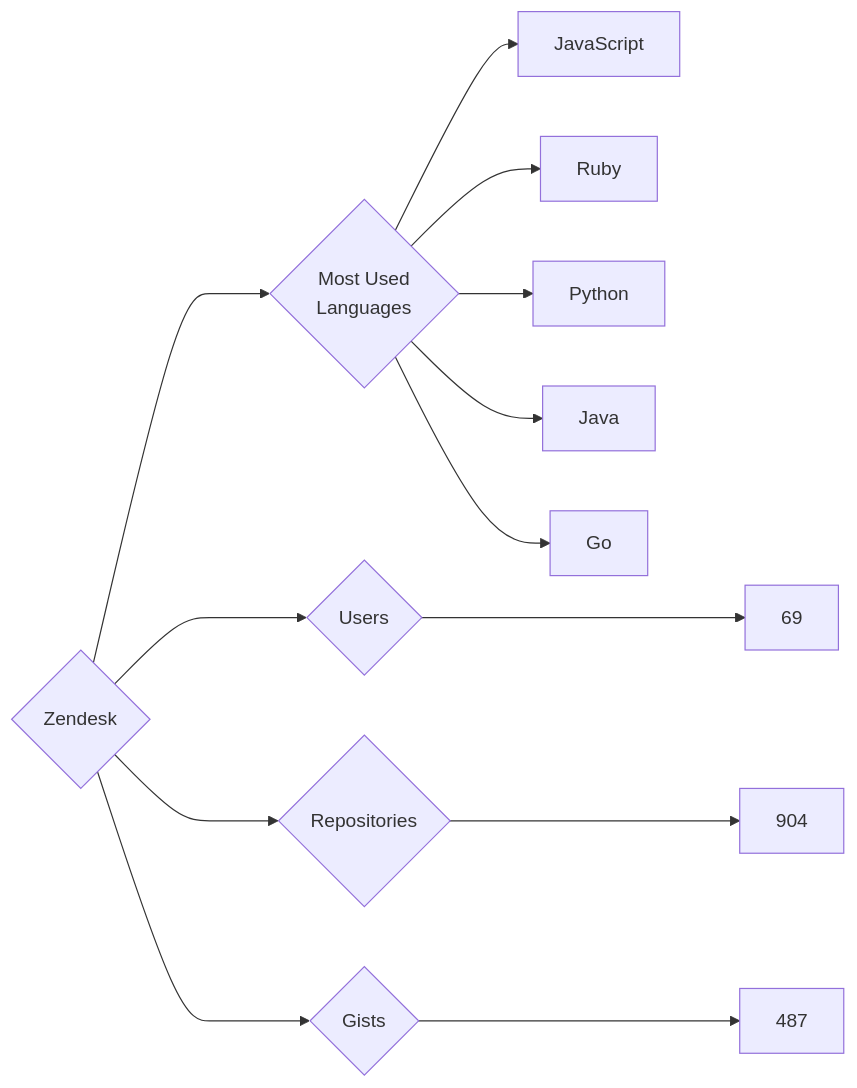
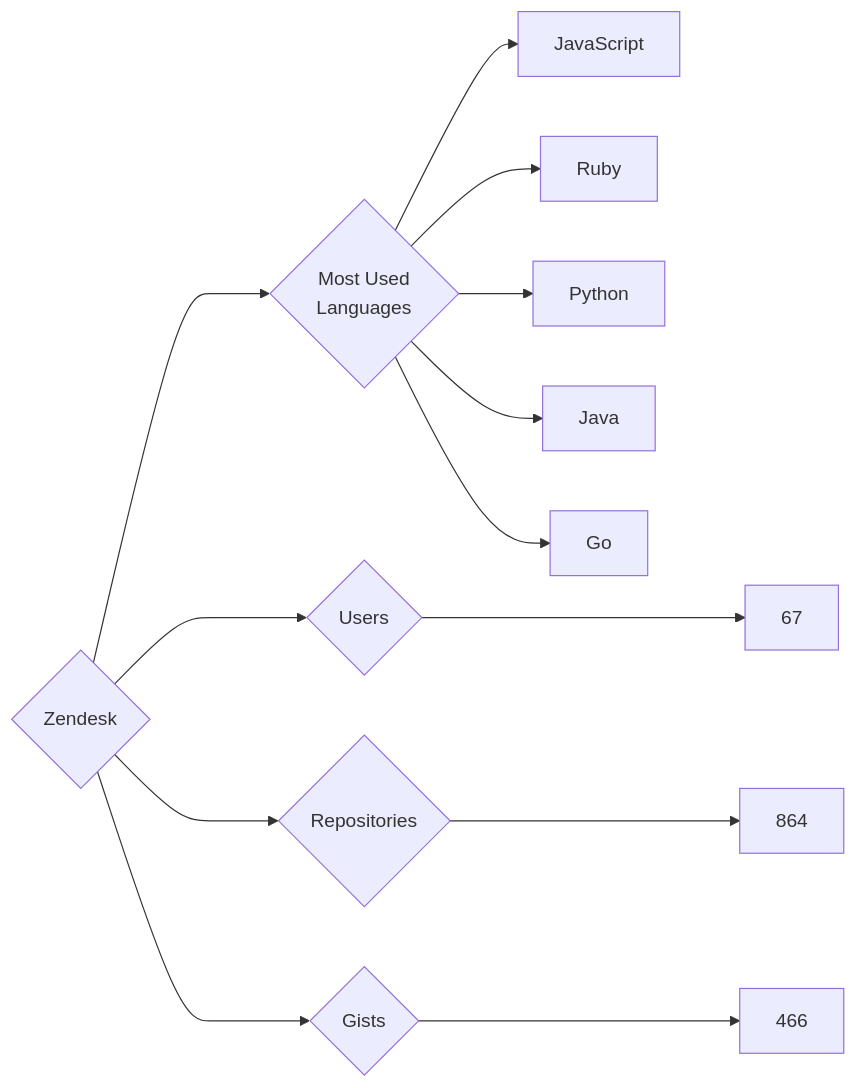
One commit to trickest/insiders changed the diagram in targets/Zendesk/README.md. Above: the diagram before and after it, drawn with Mermaid. The commit also changed 860 other files, not shown here.

````diff
--- a/targets/Zendesk/README.md
+++ b/targets/Zendesk/README.md
@@ -3,13 +3,13 @@
 ```mermaid
 graph LR
 COMPANY_NAME{Zendesk}
-COMPANY_NAME ---> U{Users} ---> UN[69]
-COMPANY_NAME ---> R{Repositories} ---> RN[904]
-COMPANY_NAME ---> G{Gists} ---> GN[487]
+COMPANY_NAME ---> U{Users} ---> UN[67]
+COMPANY_NAME ---> R{Repositories} ---> RN[864]
+COMPANY_NAME ---> G{Gists} ---> GN[466]
 COMPANY_NAME ---> ML{Most Used<br>Languages}
 ML --> JavaScript[JavaScript]
 ML --> Ruby[Ruby]
 ML --> Python[Python]
 ML --> Java[Java]
 ML --> Go[Go]
 ```
````
